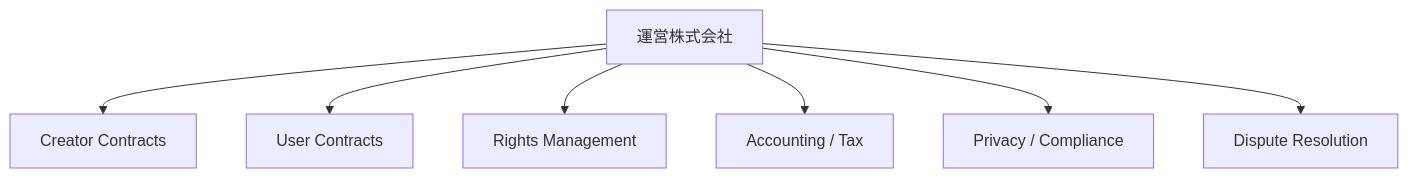
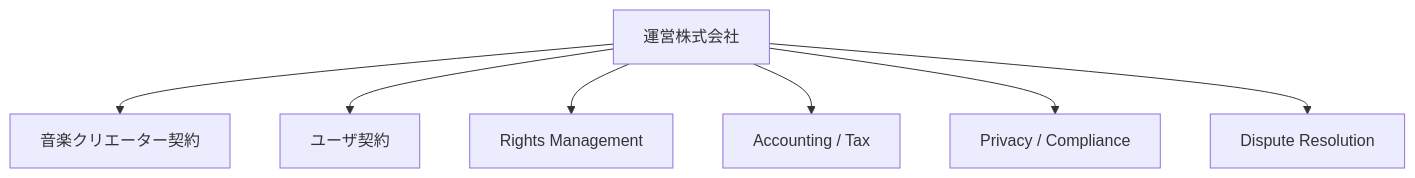
The third of 17 diagrams in docs/whitepaper/03-rights-and-money.md (ShigeichiroYamasaki/creator-first-platform), drawn with Mermaid before and after one commit. The commit also changed other lines of this file and 67 other files, not shown here.

````diff
--- a/docs/whitepaper/03-rights-and-money.md
+++ b/docs/whitepaper/03-rights-and-money.md
@@ -90,10 +90,10 @@
 ```mermaid
 flowchart TD
     CORP[運営株式会社]
-    CORP --> C1[Creator Contracts]
-    CORP --> C2[User Contracts]
+    CORP --> C1[音楽クリエーター契約]
+    CORP --> C2[ユーザ契約]
     CORP --> R[Rights Management]
     CORP --> A[Accounting / Tax]
     CORP --> P[Privacy / Compliance]
     CORP --> D[Dispute Resolution]
 ```
````
